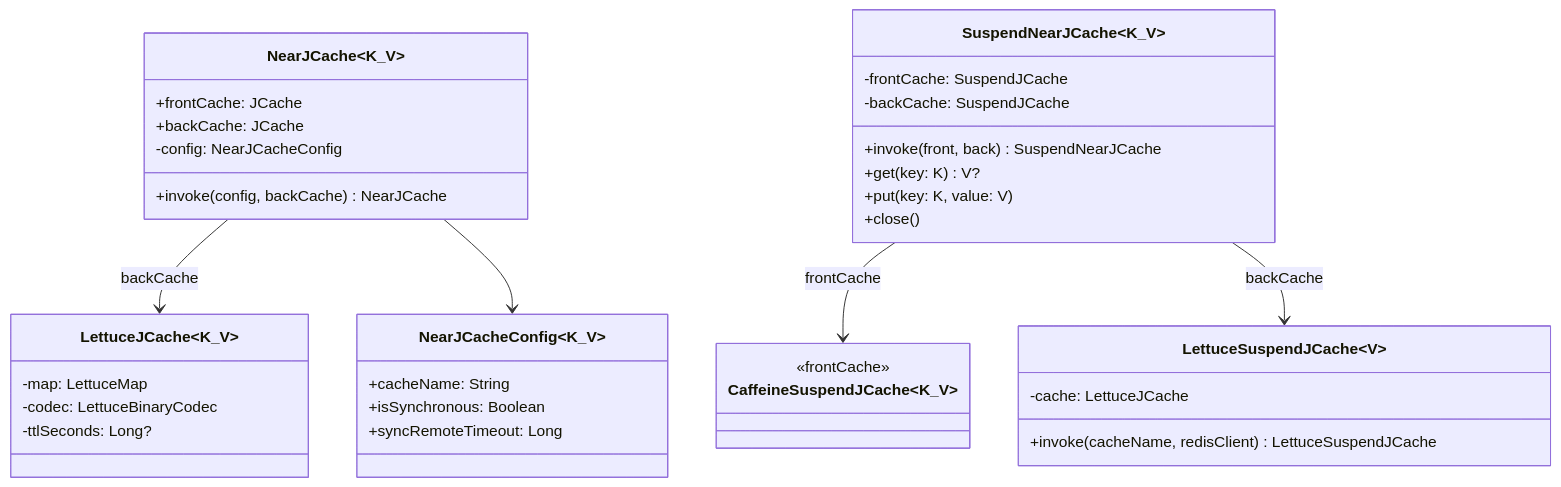
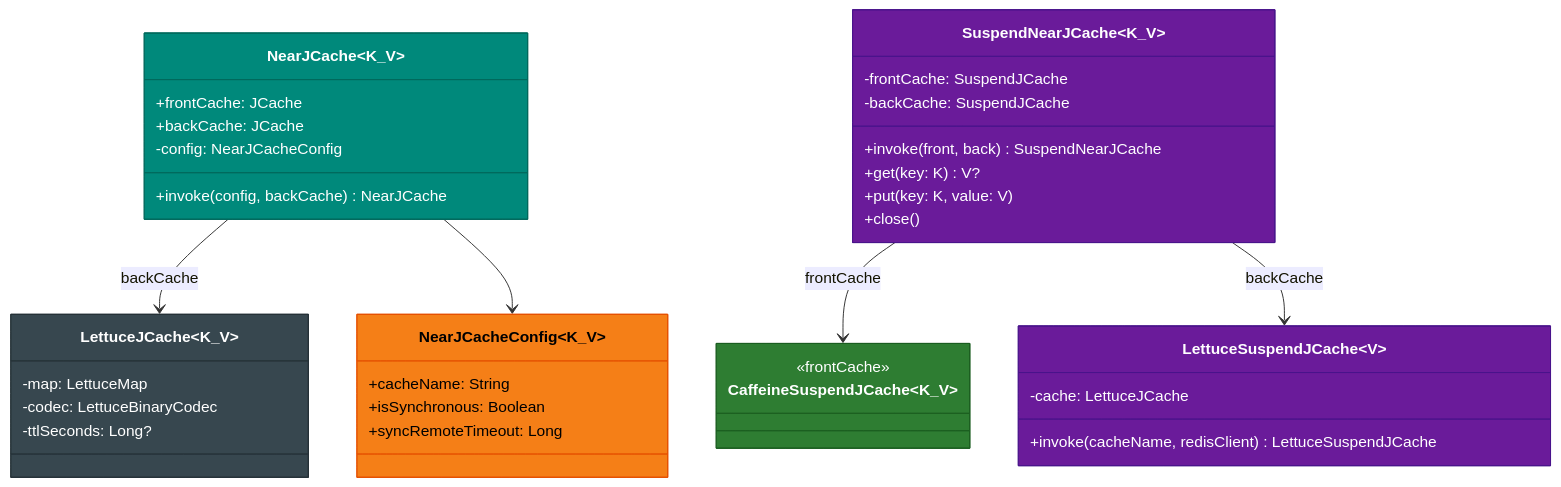
One commit to bluetape4k/bluetape4k-projects changed the first of 3 diagrams in infra/cache-lettuce/README.ko.md. Above: the diagram before and after it, drawn with Mermaid. The commit also changed other lines of this file and 221 other files, not shown here.

First line of the commit message:
docs: 전체 모듈 README UML 다이어그램 보강 및 색상 업그레이드

````diff
--- a/infra/cache-lettuce/README.ko.md
+++ b/infra/cache-lettuce/README.ko.md
@@ -91,44 +91,51 @@
 ```mermaid
 classDiagram
     class NearJCache~K_V~ {
 +frontCache: JCache
 +backCache: JCache
 -config: NearJCacheConfig
         +invoke(config, backCache) NearJCache
     }
 
 class SuspendNearJCache~K_V~ {
 -frontCache: SuspendJCache
 -backCache: SuspendJCache
         +invoke(front, back) SuspendNearJCache
         +get(key: K) V?
         +put(key: K, value: V)
         +close()
     }
 
 class LettuceJCache~K_V~ {
 -map: LettuceMap
 -codec: LettuceBinaryCodec
         -ttlSeconds: Long?
     }
 
     class LettuceSuspendJCache~V~ {
 -cache: LettuceJCache
         +invoke(cacheName, redisClient) LettuceSuspendJCache
     }
 
 class CaffeineSuspendJCache~K_V~ {
 <<frontCache>>
     }
 
 class NearJCacheConfig~K_V~ {
         +cacheName: String
         +isSynchronous: Boolean
         +syncRemoteTimeout: Long
     }
 
     NearJCache --> LettuceJCache: backCache
     SuspendNearJCache --> CaffeineSuspendJCache: frontCache
     SuspendNearJCache --> LettuceSuspendJCache: backCache
     NearJCache --> NearJCacheConfig
+
+    style NearJCache fill:#00897B,stroke:#00695C,color:#FFFFFF
+    style SuspendNearJCache fill:#6A1B9A,stroke:#4A148C,color:#FFFFFF
+    style LettuceJCache fill:#37474F,stroke:#263238,color:#FFFFFF
+    style LettuceSuspendJCache fill:#6A1B9A,stroke:#4A148C,color:#FFFFFF
+    style CaffeineSuspendJCache fill:#2E7D32,stroke:#1B5E20,color:#FFFFFF
+    style NearJCacheConfig fill:#F57F17,stroke:#E65100,color:#000000
 ```
````
